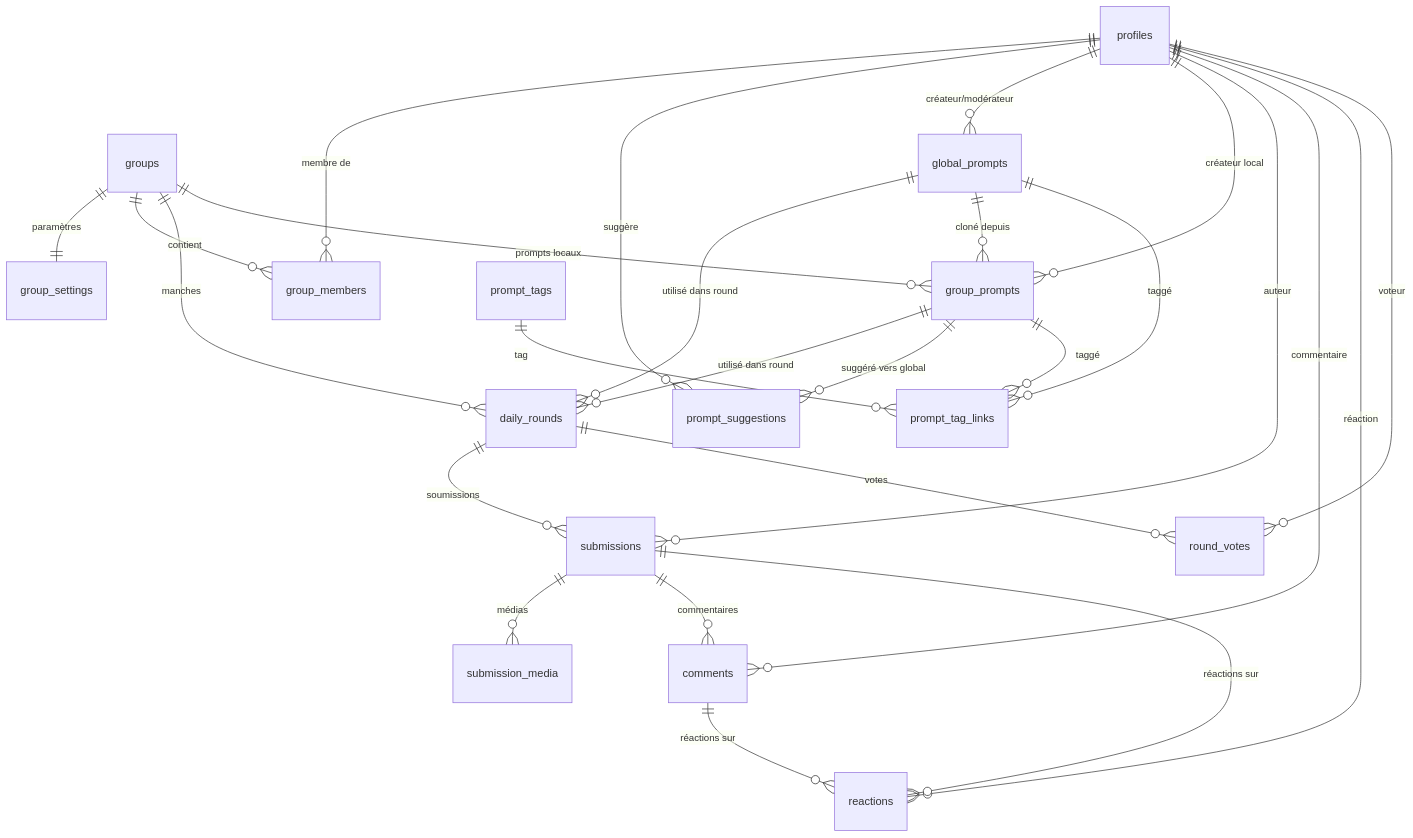
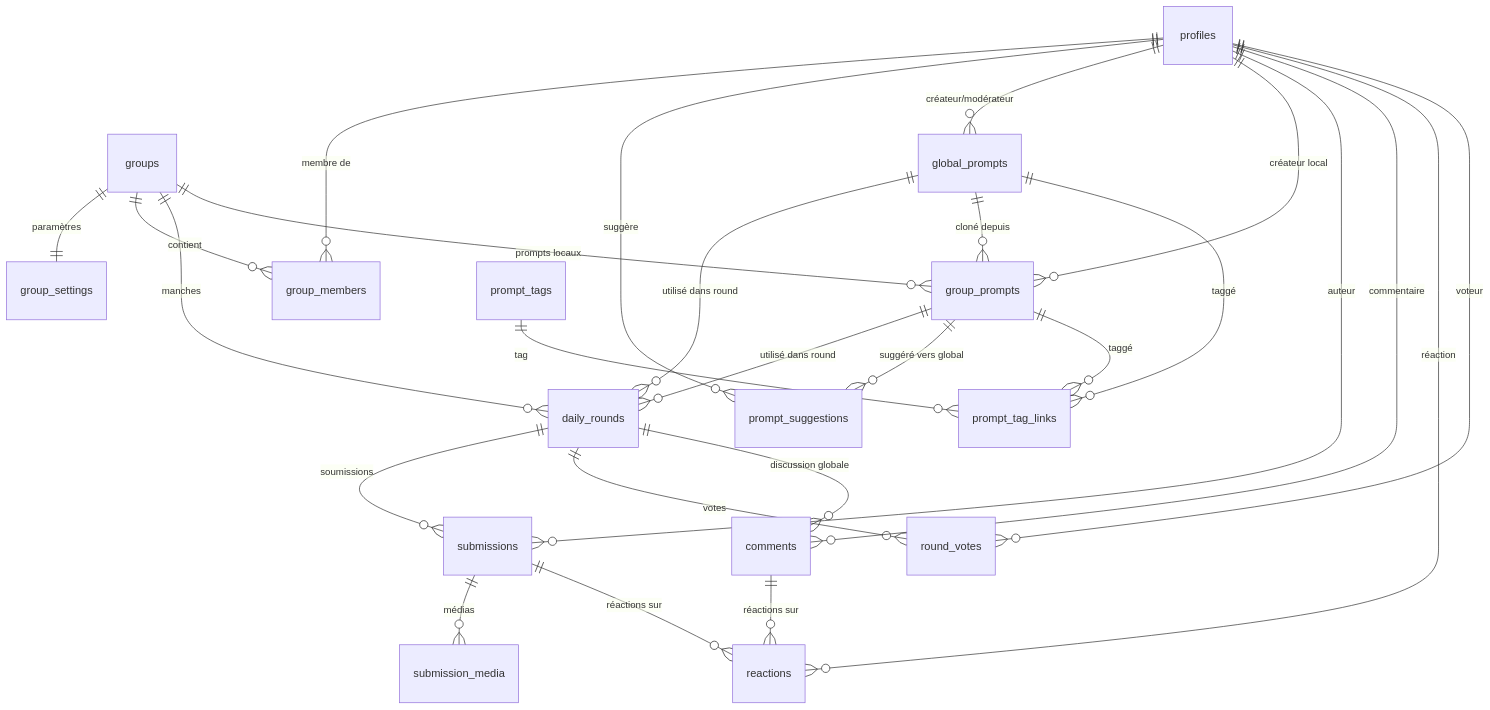
One commit to Adrien490/jimboa changed the second of 6 diagrams in README.md. Above: the diagram before and after it, drawn with Mermaid. The commit also changed other lines of this file and 1 other file, not shown here.

````diff
--- a/README.md
+++ b/README.md
@@ -151,28 +154,28 @@
 ```mermaid
 erDiagram
     profiles ||--o{ group_members : "membre de"
     groups ||--|| group_settings : "paramètres"
     groups ||--o{ group_members : "contient"
     groups ||--o{ daily_rounds : "manches"
     groups ||--o{ group_prompts : "prompts locaux"
     global_prompts ||--o{ daily_rounds : "utilisé dans round"
     group_prompts ||--o{ daily_rounds : "utilisé dans round"
     global_prompts ||--o{ group_prompts : "cloné depuis"
     group_prompts ||--o{ prompt_suggestions : "suggéré vers global"
     profiles ||--o{ prompt_suggestions : "suggère"
     profiles ||--o{ global_prompts : "créateur/modérateur"
     profiles ||--o{ group_prompts : "créateur local"
     daily_rounds ||--o{ submissions : "soumissions"
     daily_rounds ||--o{ round_votes : "votes"
     profiles ||--o{ submissions : "auteur"
     profiles ||--o{ comments : "commentaire"
     profiles ||--o{ reactions : "réaction"
     profiles ||--o{ round_votes : "voteur"
+    daily_rounds ||--o{ comments : "discussion globale"
     submissions ||--o{ submission_media : "médias"
-    submissions ||--o{ comments : "commentaires"
     submissions ||--o{ reactions : "réactions sur"
     comments ||--o{ reactions : "réactions sur"
     global_prompts ||--o{ prompt_tag_links : "taggé"
     group_prompts ||--o{ prompt_tag_links : "taggé"
     prompt_tags ||--o{ prompt_tag_links : "tag"
 ```
````
